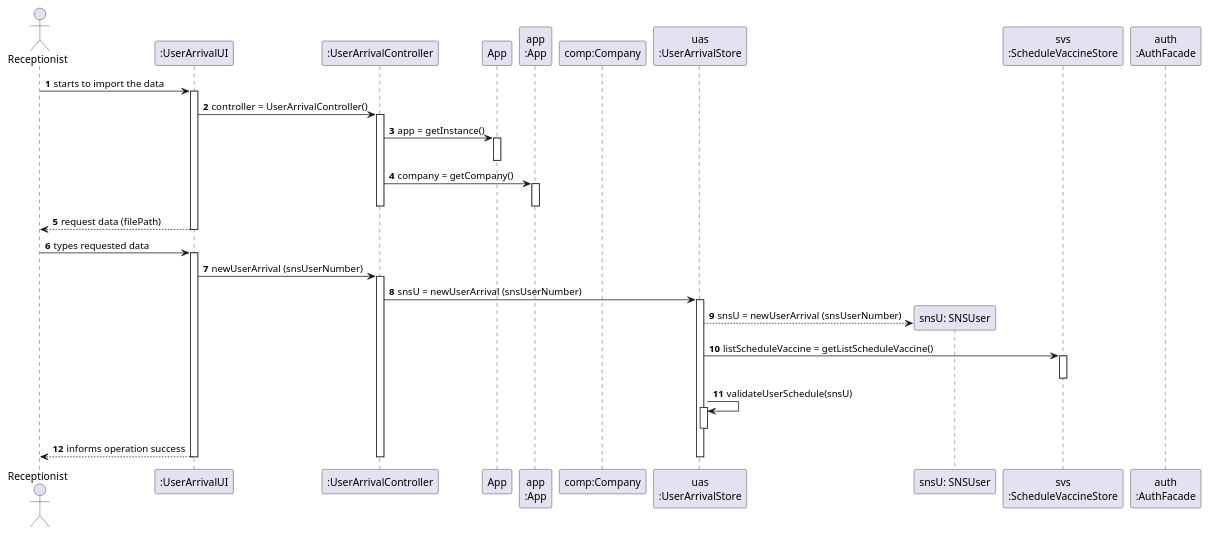
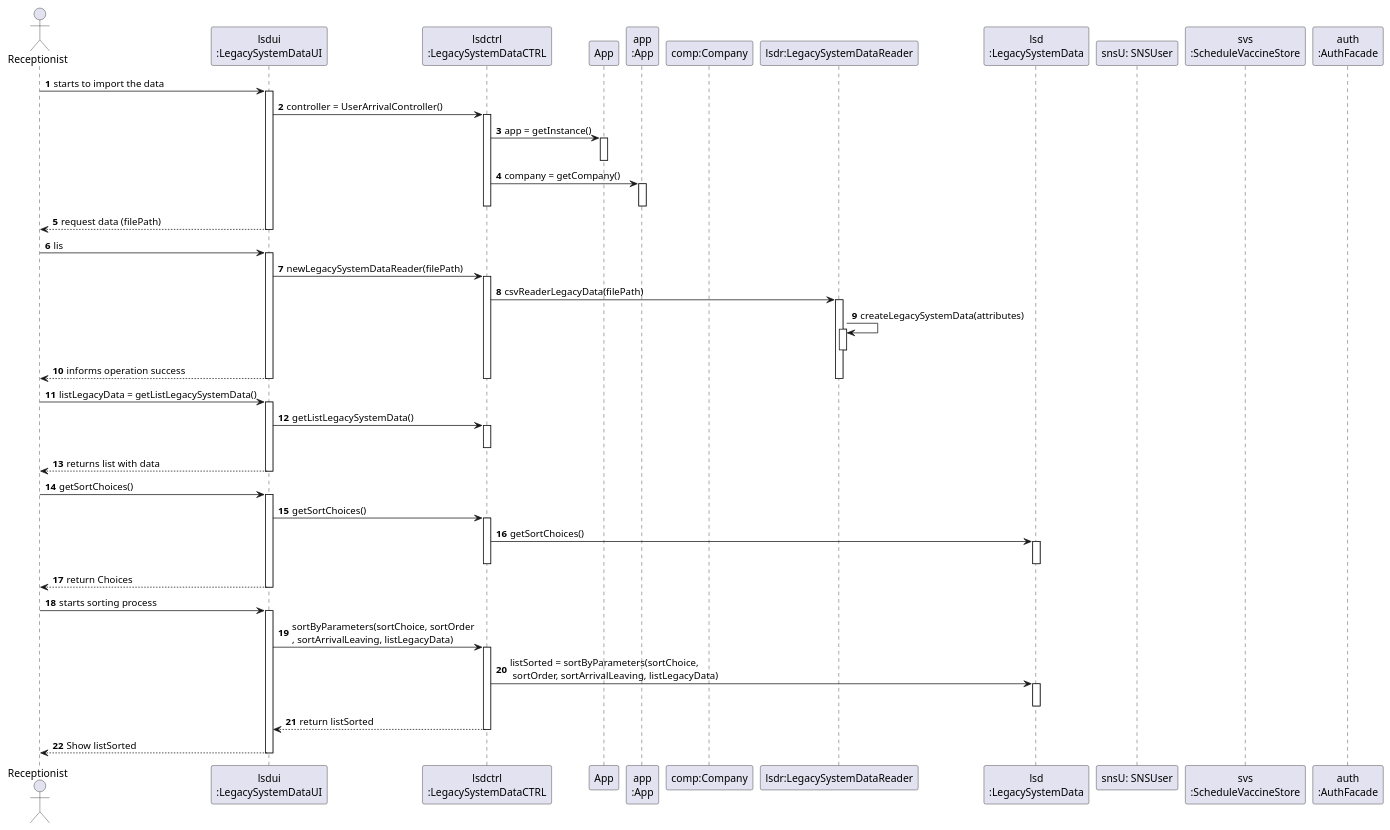
Before and after one commit to diogonapoles/isep-lapr2: the diagram in docs/SprintD/US17/US17_SD.puml, drawn with PlantUML. The commit also changed 10 other files, not shown here.

```diff
--- a/docs/SprintD/US17/US17_SD.puml
+++ b/docs/SprintD/US17/US17_SD.puml
@@ -1,63 +1,118 @@
 @startuml
 
 autonumber
 actor "Receptionist" as RCP
 
 
-participant ":UserArrivalUI" as UI
-participant ":UserArrivalController" as CTRL
+participant "lsdui\n:LegacySystemDataUI" as UI
+participant "lsdctrl\n:LegacySystemDataCTRL" as CTRL
 participant "App" as APP
 participant "app\n:App" as App
 participant "comp:Company" as COMP
-participant "uas\n:UserArrivalStore" as UAS
+participant "lsdr:LegacySystemDataReader" as LSDR
+participant "lsd\n:LegacySystemData" as LSD
 participant "snsU: SNSUser" as snsU
 participant "svs\n:ScheduleVaccineStore" as SVS
 participant "auth\n:AuthFacade" as AF
 
 
 
 RCP -> UI : starts to import the data
 activate UI
 UI -> CTRL : controller = UserArrivalController()
 activate CTRL
 CTRL -> APP : app = getInstance()
 activate APP
 deactivate APP
 CTRL -> App : company = getCompany()
 activate App
 deactivate App
 
 deactivate CTRL
 
 UI --> RCP : request data (filePath)
 deactivate UI
 
-RCP -> UI : types requested data
+RCP -> UI : lis
 activate UI
 
-UI -> CTRL : newUserArrival (snsUserNumber)
+UI -> CTRL : newLegacySystemDataReader(filePath)
 activate CTRL
 
-CTRL -> UAS : snsU = newUserArrival (snsUserNumber)
-activate UAS
-
-UAS --> snsU** : snsU = newUserArrival (snsUserNumber)
-
-UAS -> SVS: listScheduleVaccine = getListScheduleVaccine()
-activate SVS
-deactivate SVS
+CTRL -> LSDR : csvReaderLegacyData(filePath)
+activate LSDR
 
 
-UAS -> UAS : validateUserSchedule(snsU)
-activate UAS
-deactivate UAS
+LSDR -> LSDR : createLegacySystemData(attributes)
+activate LSDR
+deactivate LSDR
 
 
 UI --> RCP : informs operation success
-deactivate UAS
+deactivate LSDR
+deactivate CTRL
+deactivate UI
+
+
+RCP -> UI : listLegacyData = getListLegacySystemData()
+activate UI
+
+UI -> CTRL : getListLegacySystemData()
+activate CTRL
+deactivate CTRL
+
+UI --> RCP : returns list with data
+deactivate LSDR
+deactivate CTRL
+deactivate UI
+
+
+
+RCP -> UI : getSortChoices()
+activate UI
+
+UI -> CTRL : getSortChoices()
+activate CTRL
+
+
+CTRL -> LSD : getSortChoices()
+activate LSD
+deactivate LSD
+deactivate CTRL
+
+
+UI --> RCP : return Choices
+
+deactivate LSDR
+deactivate CTRL
+deactivate UI
+
+
+
+
+RCP -> UI : starts sorting process
+activate UI
+
+UI -> CTRL : sortByParameters(sortChoice, sortOrder\n, sortArrivalLeaving, listLegacyData)
+activate CTRL
+
+
+CTRL -> LSD : listSorted = sortByParameters(sortChoice,\n sortOrder, sortArrivalLeaving, listLegacyData)
+activate LSD
+deactivate LSD
+
+
+
+CTRL --> UI : return listSorted
+deactivate CTRL
+UI --> RCP : Show listSorted
+
+deactivate LSDR
 deactivate CTRL
 deactivate UI
 deactivate RCP
 
 
+
+
 @enduml
```
